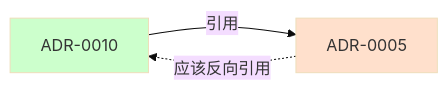
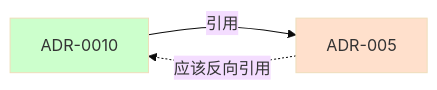
The diagram in .github/skills/documentation/update-documentation.skill.md (douhuaa/Zss.BilliardHall), drawn with Mermaid (base theme) before and after one commit. The commit also changed other lines of this file and 298 other files, not shown here.

````diff
--- a/.github/skills/documentation/update-documentation.skill.md
+++ b/.github/skills/documentation/update-documentation.skill.md
@@ -183,8 +183,8 @@
 ```mermaid
 graph LR
-    A[ADR-0010] -->|引用| B[ADR-0005]
+    A[ADR-0010] -->|引用| B[ADR-005]
     B -.应该反向引用.-> A
     
     style A fill:#ccffcc
     style B fill:#ffe0cc
 ```
````
